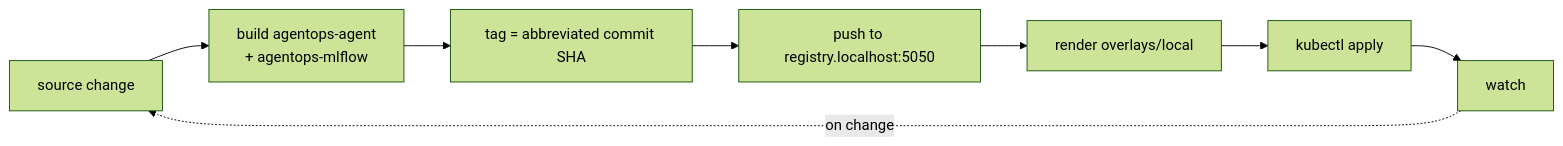
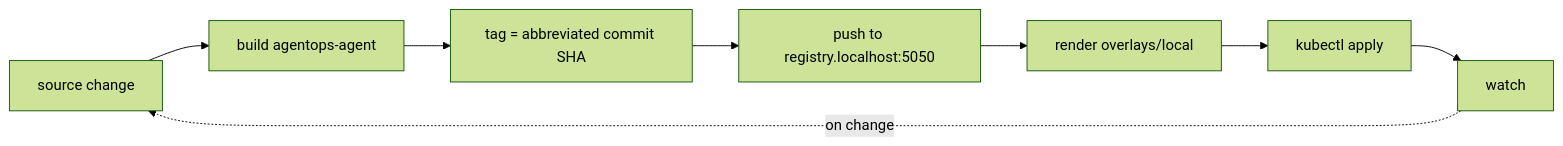
The third of 3 diagrams in content/6. Platform/6.2. Platform Install.md (LuiGGi629/agentops-open-course), drawn with Mermaid (forest theme) before and after one commit. The commit also changed other lines of this file and 88 other files, not shown here.

````diff
--- a/content/6. Platform/6.2. Platform Install.md
+++ b/content/6. Platform/6.2. Platform Install.md
@@ -303,10 +305,10 @@
 ```mermaid
 flowchart LR
-    Src["source change"] --> B["build agentops-agent<br/>+ agentops-mlflow"]
+    Src["source change"] --> B["build agentops-agent"]
     B --> T["tag = abbreviated commit SHA"]
     T --> Push["push to registry.localhost:5050"]
     Push --> R["render overlays/local"]
     R --> A["kubectl apply"]
     A --> W["watch"]
     W -. on change .-> Src
 ```
````
